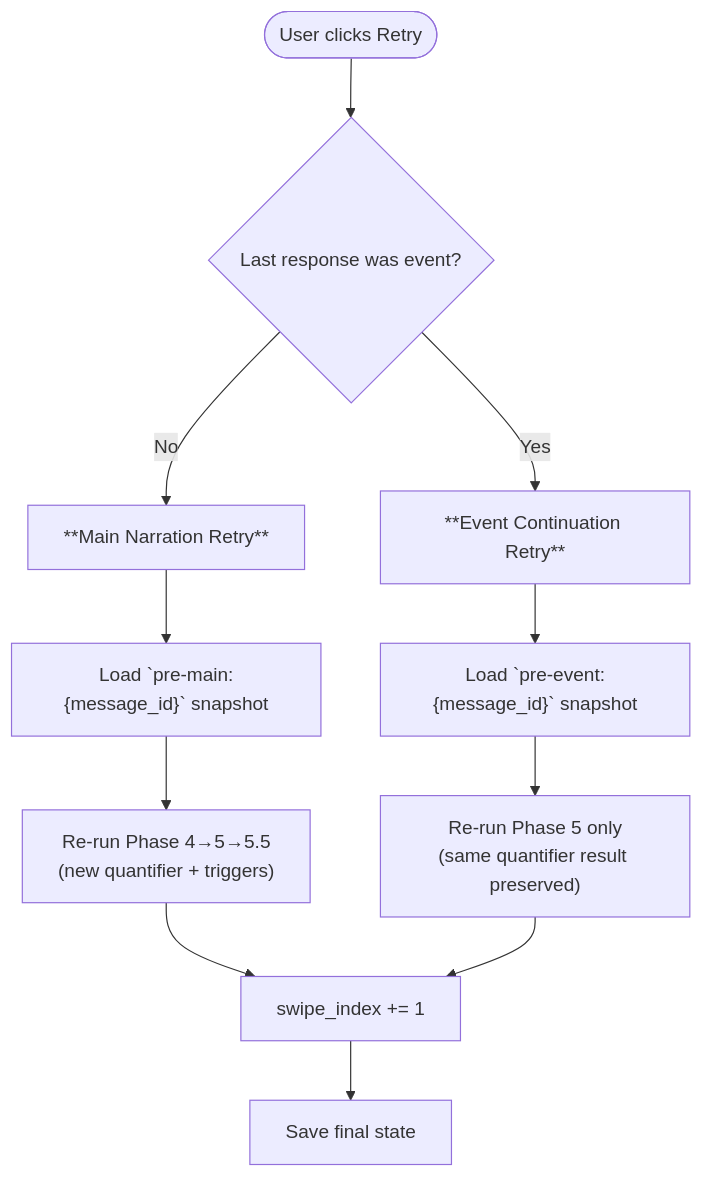
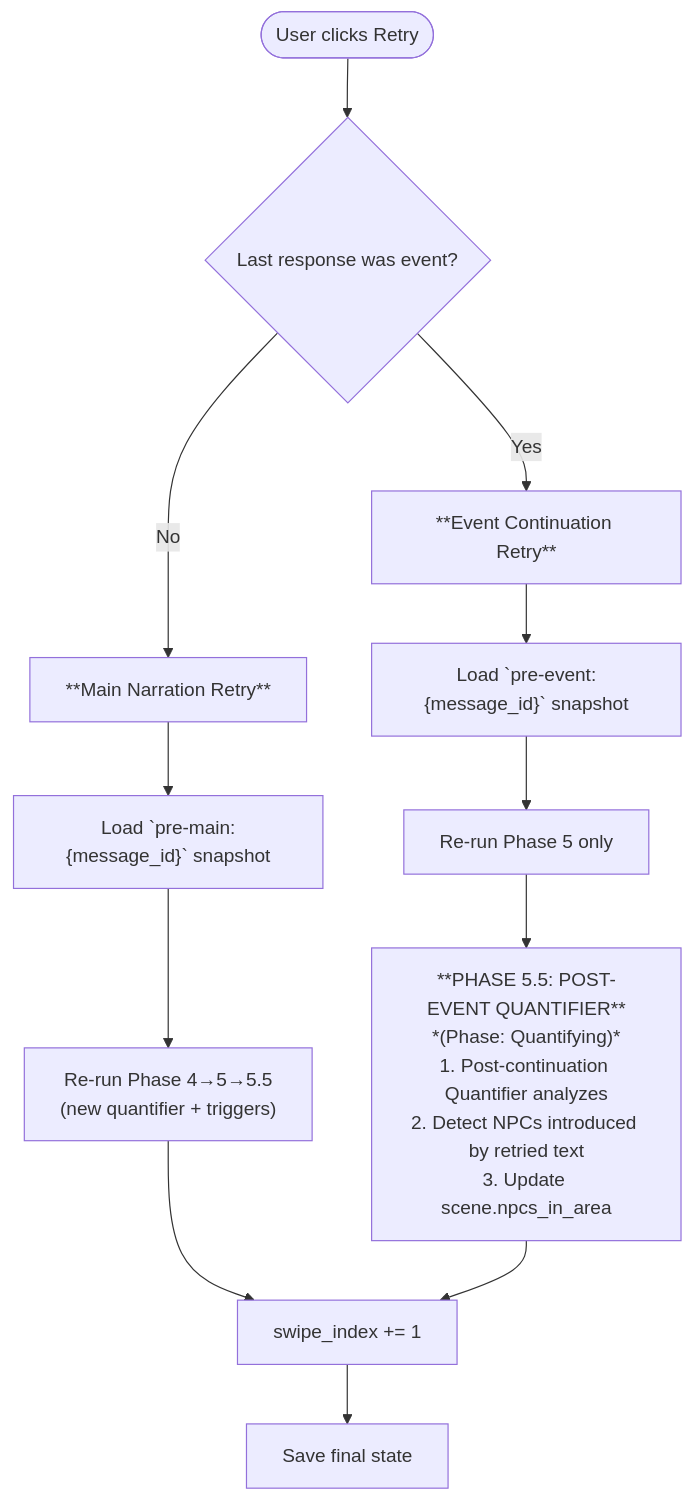
One commit to notsonormal/chronicler-engine changed the third of 3 diagrams in chronicler_engine/docs/system/game_flow.md. Above: the diagram before and after it, drawn with Mermaid. The commit also changed other lines of this file and 3 other files, not shown here.

Commit message:
Quantifier now gets re-run on event retry

````diff
--- a/chronicler_engine/docs/system/game_flow.md
+++ b/chronicler_engine/docs/system/game_flow.md
@@ -146,24 +146,26 @@
 ```mermaid
 flowchart TD
     Start(["User clicks Retry"])
     Check{Last response was event?}
     Main["**Main Narration Retry**"]
     Event["**Event Continuation Retry**"]
     PreMain["Load `pre-main:{message_id}` snapshot"]
     PreEvent["Load `pre-event:{message_id}` snapshot"]
     ReGenMain["Re-run Phase 4→5→5.5<br>(new quantifier + triggers)"]
-    ReGenEvent["Re-run Phase 5 only<br>(same quantifier result preserved)"]
+    ReGenEvent["Re-run Phase 5 only"]
+    Phase55["**PHASE 5.5: POST-EVENT QUANTIFIER**<br>*(Phase: Quantifying)*<br>1. Post-continuation Quantifier analyzes<br>2. Detect NPCs introduced by retried text<br>3. Update scene.npcs_in_area"]
     IncSwipe["`swipe_index += 1`"]
     Save["Save final state"]
 
     Start --> Check
     Check -->|No| Main
     Check -->|Yes| Event
     Main --> PreMain
     Event --> PreEvent
     PreMain --> ReGenMain
     PreEvent --> ReGenEvent
     ReGenMain --> IncSwipe
-    ReGenEvent --> IncSwipe
+    ReGenEvent --> Phase55
+    Phase55 --> IncSwipe
     IncSwipe --> Save
 ```
````
